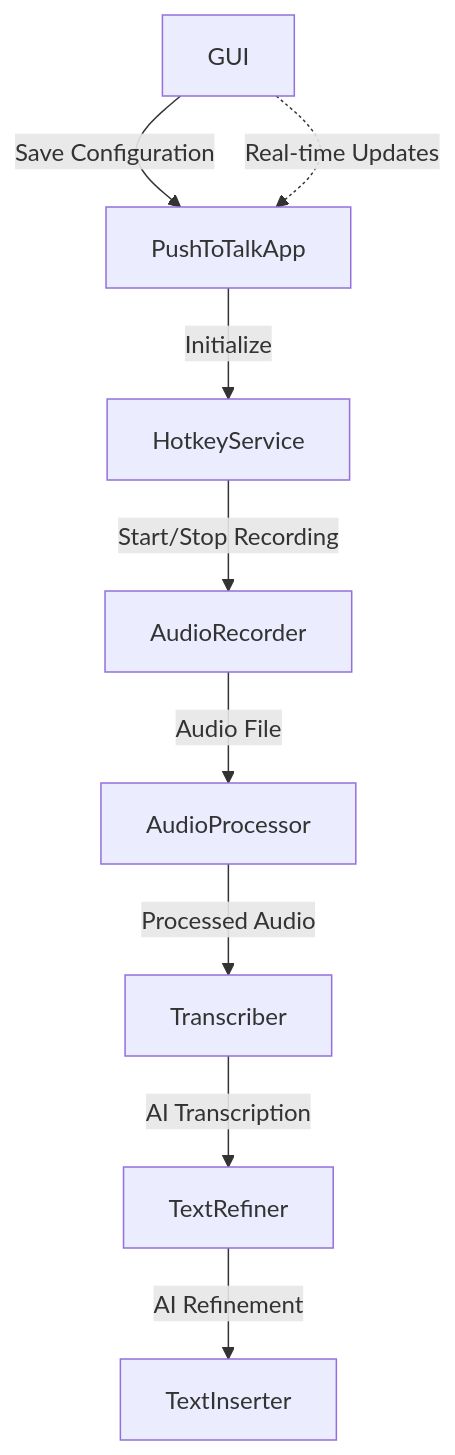
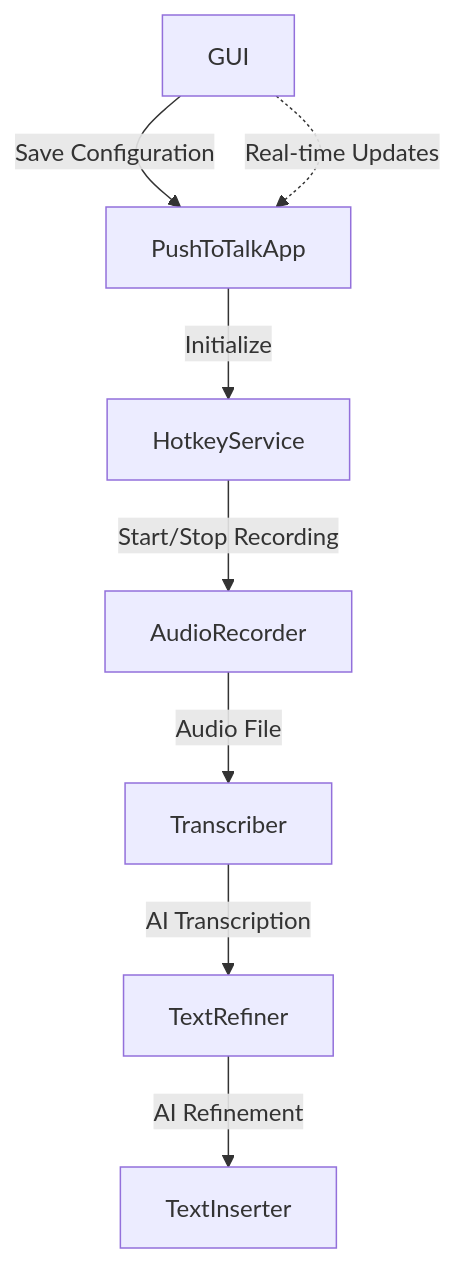
Before and after one commit to yixin0829/push-to-talk: the second of 2 diagrams in README.md, drawn with Mermaid. The commit also changed other lines of this file and 19 other files, not shown here.

First line of the commit message:
feat: simplify architecture and add multi-provider STT support (#32)

````diff
--- a/README.md
+++ b/README.md
@@ -384,14 +360,13 @@
 ```mermaid
 flowchart TB
     %% GUI
     GUI -->|"Save Configuration"| PushToTalkApp
     GUI -.->|"Real-time Updates"| PushToTalkApp
 
     %% Main Flow
     PushToTalkApp -->|"Initialize"| HotkeyService
     HotkeyService -->|"Start/Stop Recording"| AudioRecorder
-    AudioRecorder -->|"Audio File"| AudioProcessor
-    AudioProcessor -->|"Processed Audio"| Transcriber
+    AudioRecorder -->|"Audio File"| Transcriber
     Transcriber -->|"AI Transcription"| TextRefiner
     TextRefiner -->|"AI Refinement"| TextInserter
 ```
````
